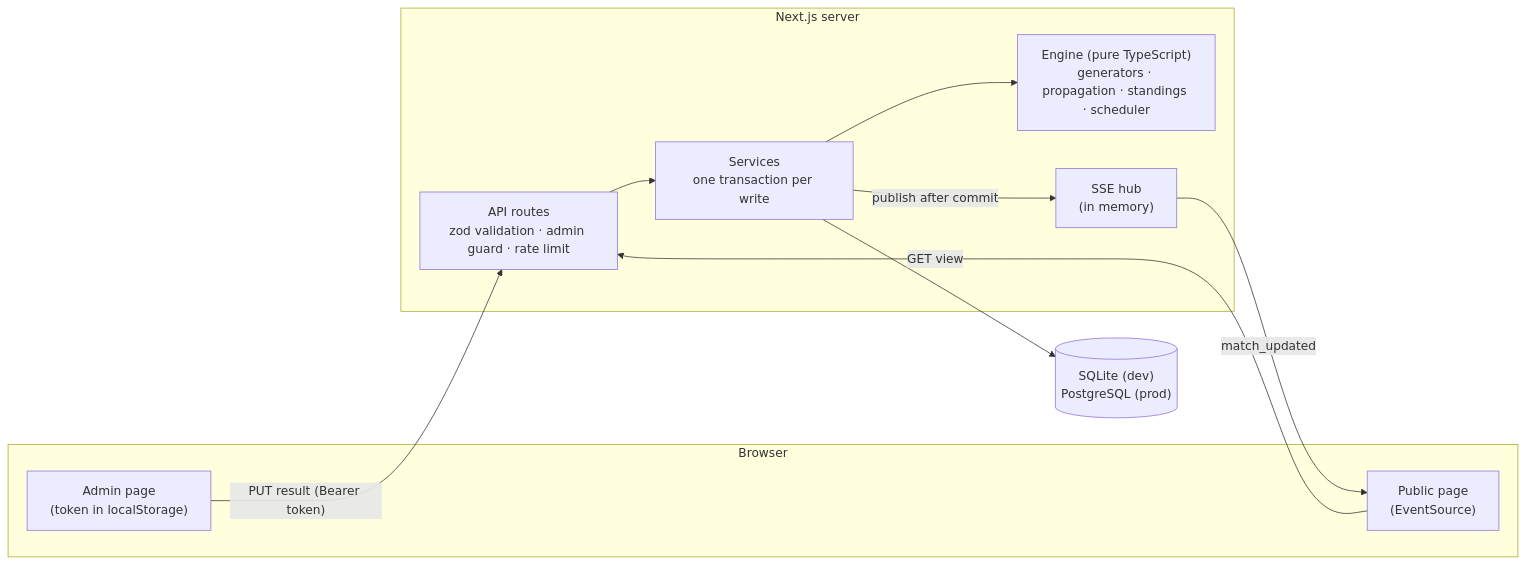
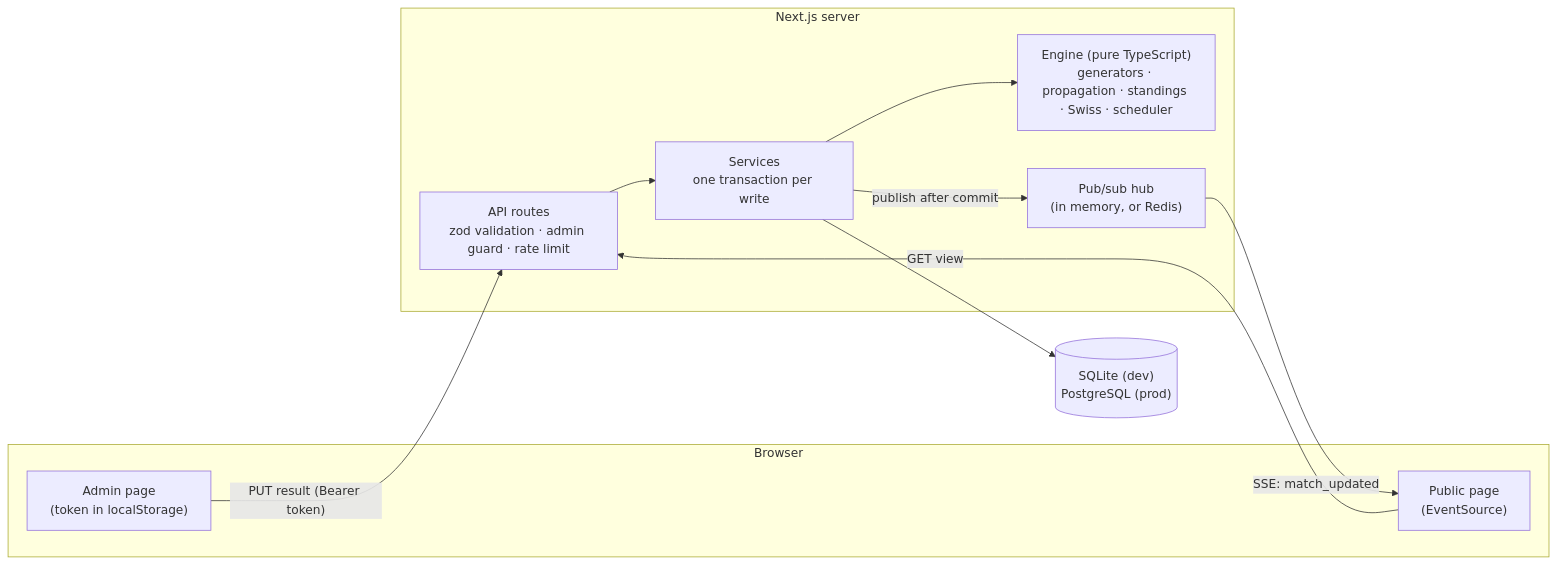
One commit to rkslakshay/tournament-manager changed the diagram in README.md. Above: the diagram before and after it, drawn with Mermaid. The commit also changed other lines of this file and 2 other files, not shown here.

````diff
--- a/README.md
+++ b/README.md
@@ -52,22 +59,22 @@
 ```mermaid
 flowchart LR
   subgraph Browser
     Admin["Admin page<br/>(token in localStorage)"]
     Public["Public page<br/>(EventSource)"]
   end
   subgraph "Next.js server"
     API["API routes<br/>zod validation · admin guard · rate limit"]
     Services["Services<br/>one transaction per write"]
-    Engine["Engine (pure TypeScript)<br/>generators · propagation · standings · scheduler"]
-    Hub["SSE hub<br/>(in memory)"]
+    Engine["Engine (pure TypeScript)<br/>generators · propagation · standings · Swiss · scheduler"]
+    Hub["Pub/sub hub<br/>(in memory, or Redis)"]
   end
   DB[("SQLite (dev)<br/>PostgreSQL (prod)")]
 
   Admin -- "PUT result (Bearer token)" --> API
   Public -- "GET view" --> API
   API --> Services
   Services --> Engine
   Services --> DB
   Services -- "publish after commit" --> Hub
-  Hub -- "match_updated" --> Public
+  Hub -- "SSE: match_updated" --> Public
 ```
````
